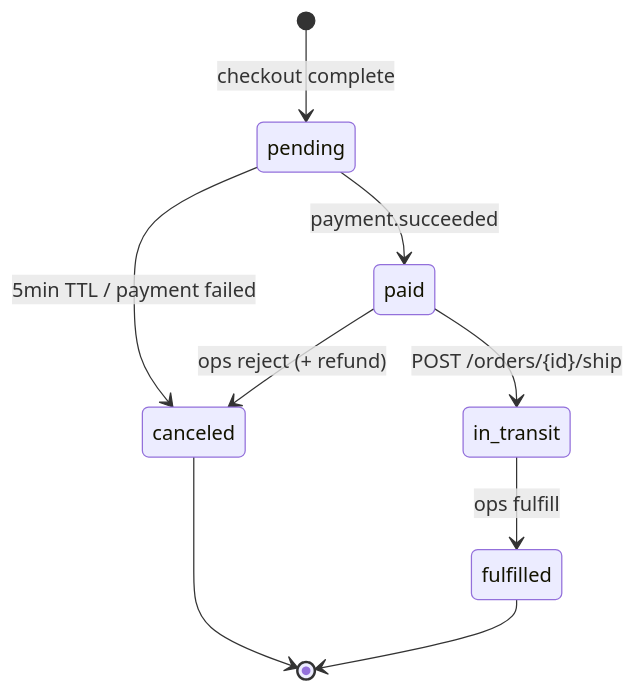
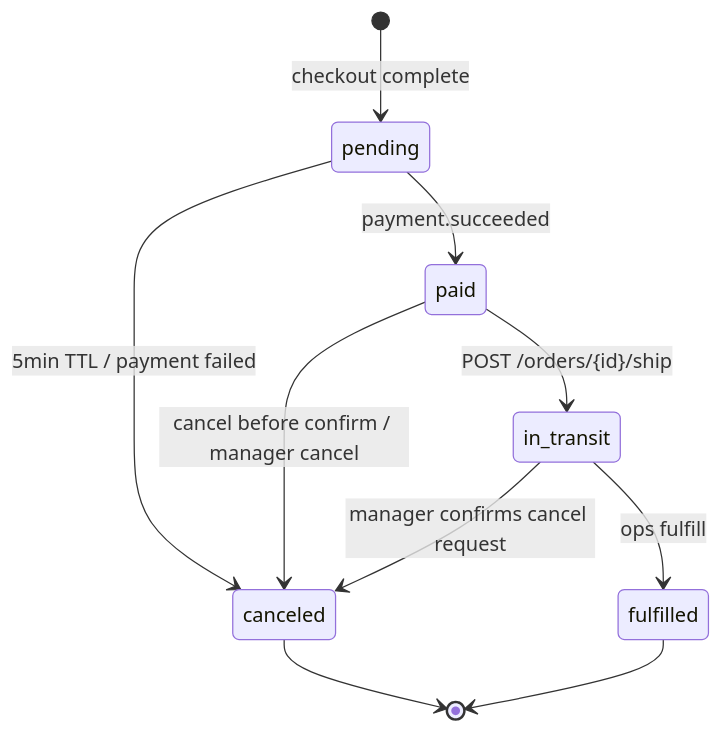
Before and after one commit to elug3/dupli1: the first of 2 diagrams in docs/payment-service.md, drawn with Mermaid. The commit also changed other lines of this file and 16 other files, not shown here.

````diff
--- a/docs/payment-service.md
+++ b/docs/payment-service.md
@@ -23,11 +23,12 @@
 ```mermaid
 stateDiagram-v2
     [*] --> pending: checkout complete
     pending --> paid: payment.succeeded
     pending --> canceled: 5min TTL / payment failed
     paid --> in_transit: POST /orders/{id}/ship
-    paid --> canceled: ops reject (+ refund)
+    paid --> canceled: cancel before confirm / manager cancel
     in_transit --> fulfilled: ops fulfill
+    in_transit --> canceled: manager confirms cancel request
     canceled --> [*]
     fulfilled --> [*]
 ```
````
